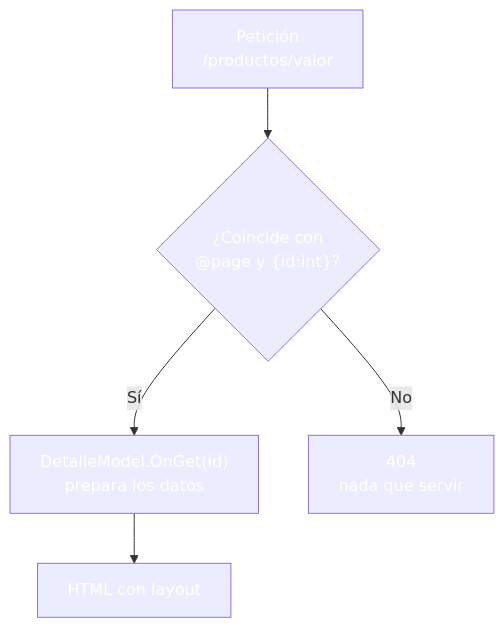
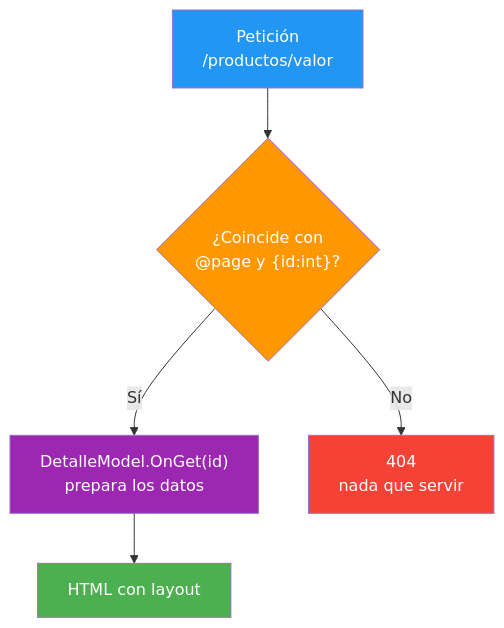
The third of 4 diagrams in 10-razorpages-fundamentos.md (joseluisgs/DesarrolloWebEntornosServidor-03-2026-2027), drawn with Mermaid before and after one commit. The commit also changed other lines of this file and 25 other files, not shown here.

Commit message:
docs: corregir los estilos Mermaid de los temas y alinear el dominio del tema 25 con ProductosApp

````diff
--- a/10-razorpages-fundamentos.md
+++ b/10-razorpages-fundamentos.md
@@ -234,12 +234,12 @@
 ```mermaid
 graph TD
     A["Petición<br/>/productos/valor"] --> B{"¿Coincide con<br/>@page y {id:int}?"}
     B -->|Sí| C["DetalleModel.OnGet(id)<br/>prepara los datos"]
     B -->|No| D["404<br/>nada que servir"]
     C --> E["HTML con layout"]
-    style A fill:#2196F,color:#fff3,color:#fff
-    style B fill:#FF980,color:#fff0,color:#fff
-    style C fill:#9C27B,color:#fff0,color:#fff
-    style D fill:#f4433,color:#fff6,color:#fff
-    style E fill:#4CAF5,color:#fff0,color:#fff
+    style A fill:#2196F3,color:#fff
+    style B fill:#FF9800,color:#fff
+    style C fill:#9C27B0,color:#fff
+    style D fill:#f44336,color:#fff
+    style E fill:#4CAF50,color:#fff
 ```
````
